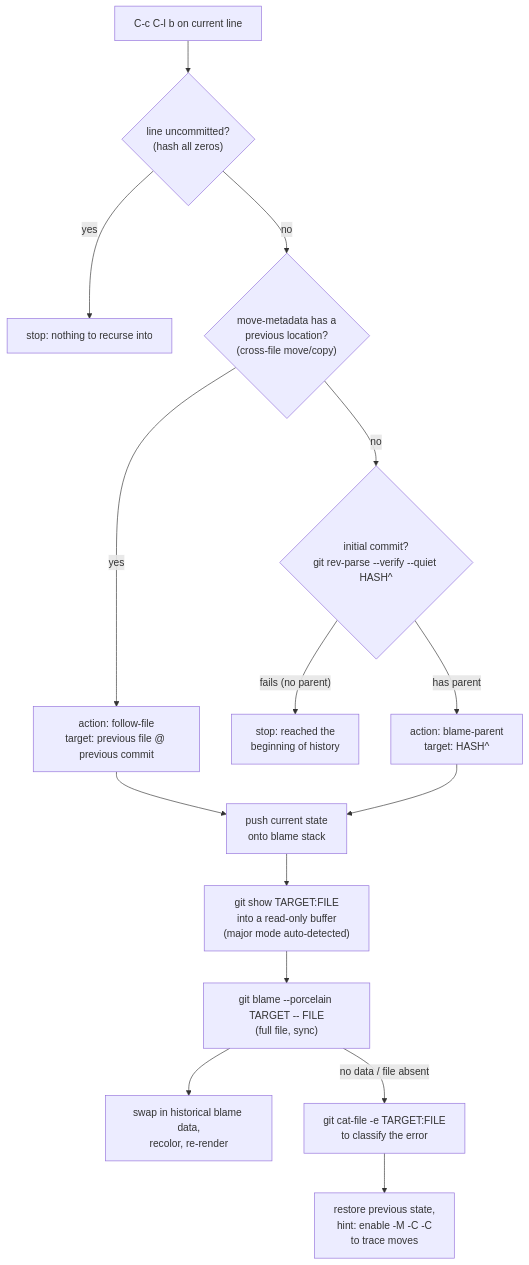
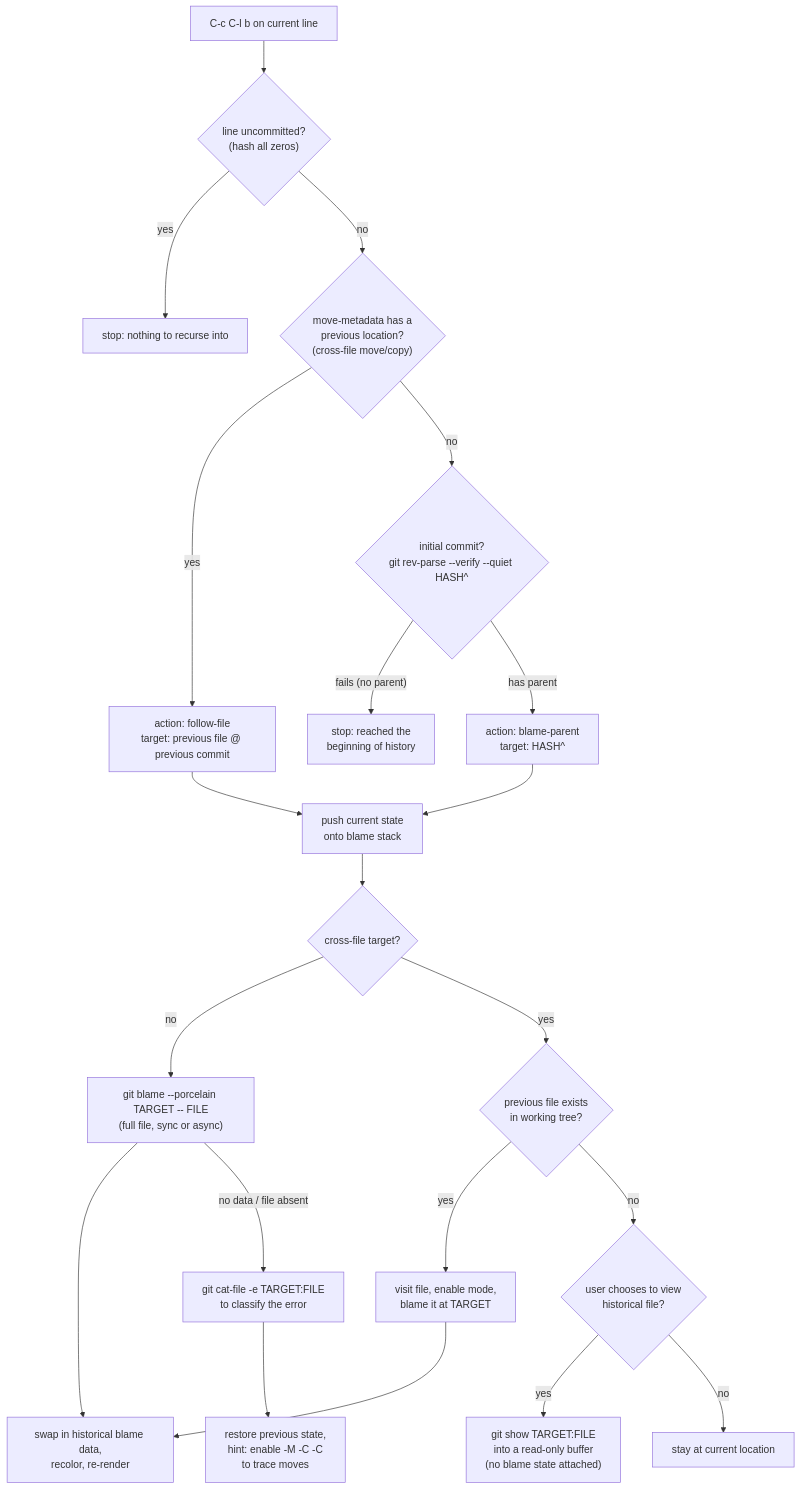
The eighth of 12 diagrams in docs/git-scenarios.md (LuciusChen/blame-reveal), drawn with Mermaid before and after one commit. The commit also changed other lines of this file and 9 other files, not shown here.

````diff
--- a/docs/git-scenarios.md
+++ b/docs/git-scenarios.md
@@ -299,18 +301,24 @@
 ```mermaid
 flowchart TD
     A["C-c C-l b on current line"] --> B{"line uncommitted?<br/>(hash all zeros)"}
     B -- yes --> X1["stop: nothing to recurse into"]
     B -- no --> C{"move-metadata has a<br/>previous location?<br/>(cross-file move/copy)"}
     C -- yes --> D["action: follow-file<br/>target: previous file @ previous commit"]
     C -- no --> E{"initial commit?<br/>git rev-parse --verify --quiet HASH^"}
     E -- "fails (no parent)" --> X2["stop: reached the<br/>beginning of history"]
     E -- has parent --> F["action: blame-parent<br/>target: HASH^"]
 
     D --> G["push current state<br/>onto blame stack"]
     F --> G
-    G --> H["git show TARGET:FILE<br/>into a read-only buffer<br/>(major mode auto-detected)"]
-    H --> I["git blame --porcelain TARGET -- FILE<br/>(full file, sync)"]
-    I --> J["swap in historical blame data,<br/>recolor, re-render"]
+    G --> H{"cross-file target?"}
+    H -- no --> I["git blame --porcelain TARGET -- FILE<br/>(full file, sync or async)"]
+    H -- yes --> M{"previous file exists<br/>in working tree?"}
+    M -- yes --> N["visit file, enable mode,<br/>blame it at TARGET"]
+    M -- no --> O{"user chooses to view<br/>historical file?"}
+    O -- yes --> P["git show TARGET:FILE<br/>into a read-only buffer<br/>(no blame state attached)"]
+    O -- no --> Q["stay at current location"]
+    N --> J["swap in historical blame data,<br/>recolor, re-render"]
+    I --> J
     I -- "no data / file absent" --> K["git cat-file -e TARGET:FILE<br/>to classify the error"]
     K --> L["restore previous state,<br/>hint: enable -M -C -C<br/>to trace moves"]
 ```
````
